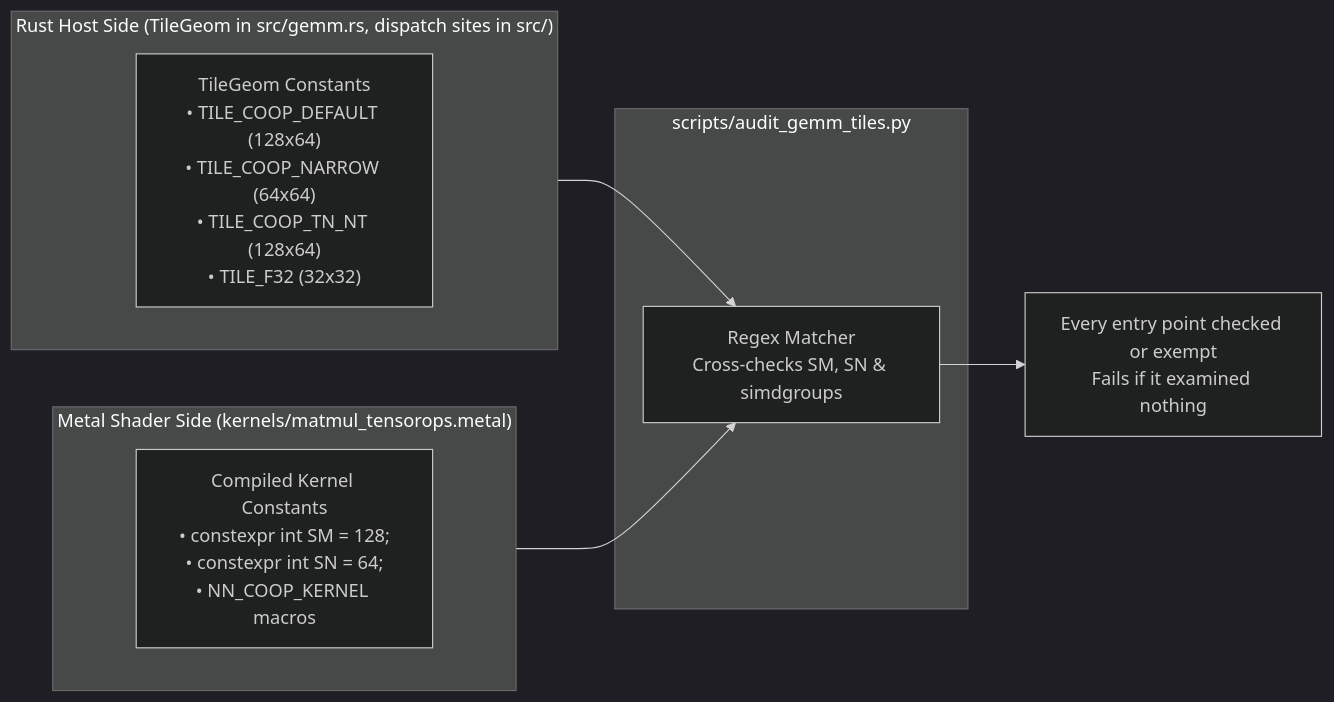
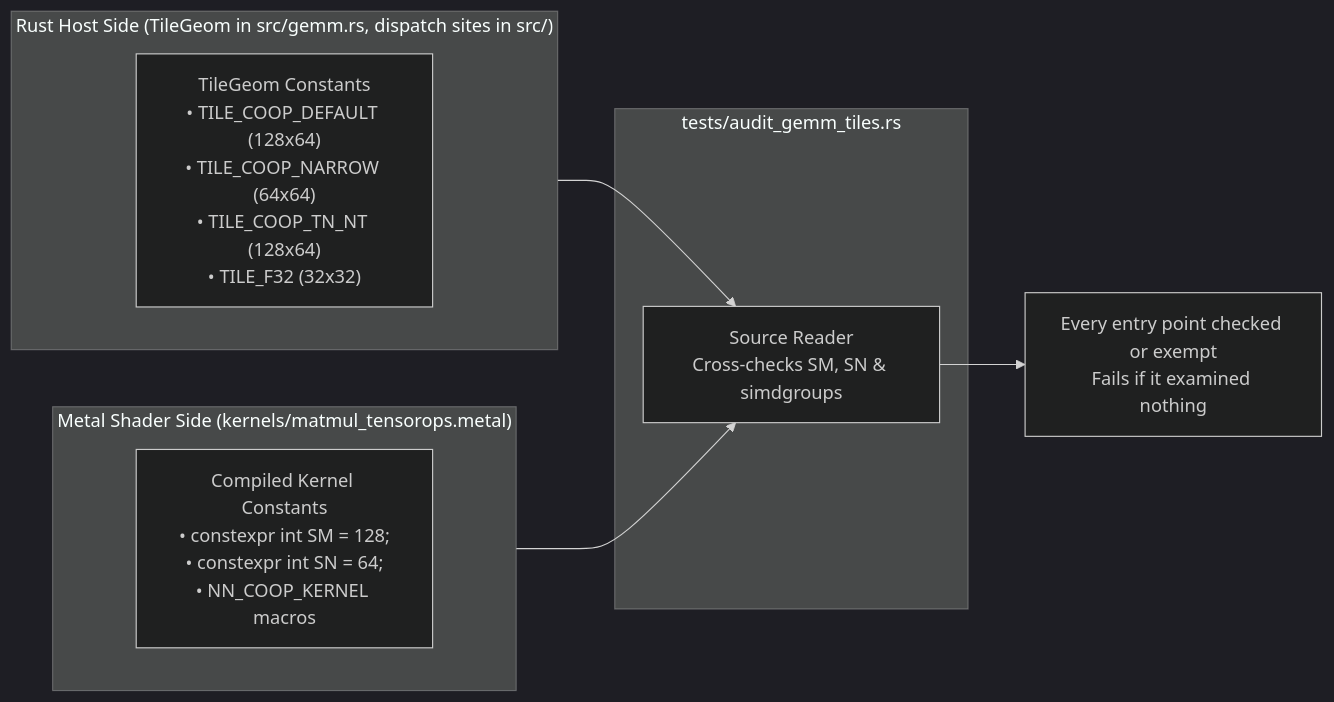
The second of 4 diagrams in docs/verification.md (bharathvbcr/tessl), drawn with Mermaid (dark theme) before and after one commit. The commit also changed other lines of this file and 21 other files, not shown here.

````diff
--- a/docs/verification.md
+++ b/docs/verification.md
@@ -29,18 +32,18 @@
 ```mermaid
 flowchart LR
     subgraph RustLand["Rust Host Side (TileGeom in src/gemm.rs, dispatch sites in src/)"]
         TileDef["TileGeom Constants<br/>• TILE_COOP_DEFAULT (128x64)<br/>• TILE_COOP_NARROW (64x64)<br/>• TILE_COOP_TN_NT (128x64)<br/>• TILE_F32 (32x32)"]
     end
 
-    subgraph Script["scripts/audit_gemm_tiles.py"]
-        Extractor["Regex Matcher<br/>Cross-checks SM, SN &amp; simdgroups"]
+    subgraph Script["tests/audit_gemm_tiles.rs"]
+        Extractor["Source Reader<br/>Cross-checks SM, SN &amp; simdgroups"]
     end
 
     subgraph MetalLand["Metal Shader Side (kernels/matmul_tensorops.metal)"]
         ShaderDef["Compiled Kernel Constants<br/>• constexpr int SM = 128;<br/>• constexpr int SN = 64;<br/>• NN_COOP_KERNEL macros"]
     end
 
     RustLand --> Extractor
     MetalLand --> Extractor
     Extractor --> Pass["Every entry point checked or exempt<br/>Fails if it examined nothing"]
 ```
````
